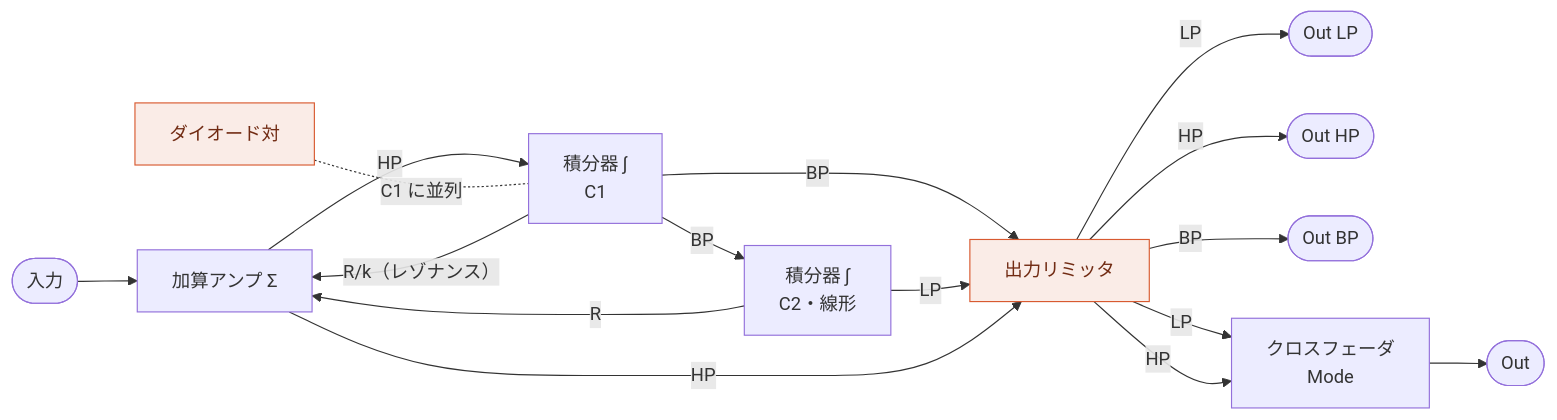
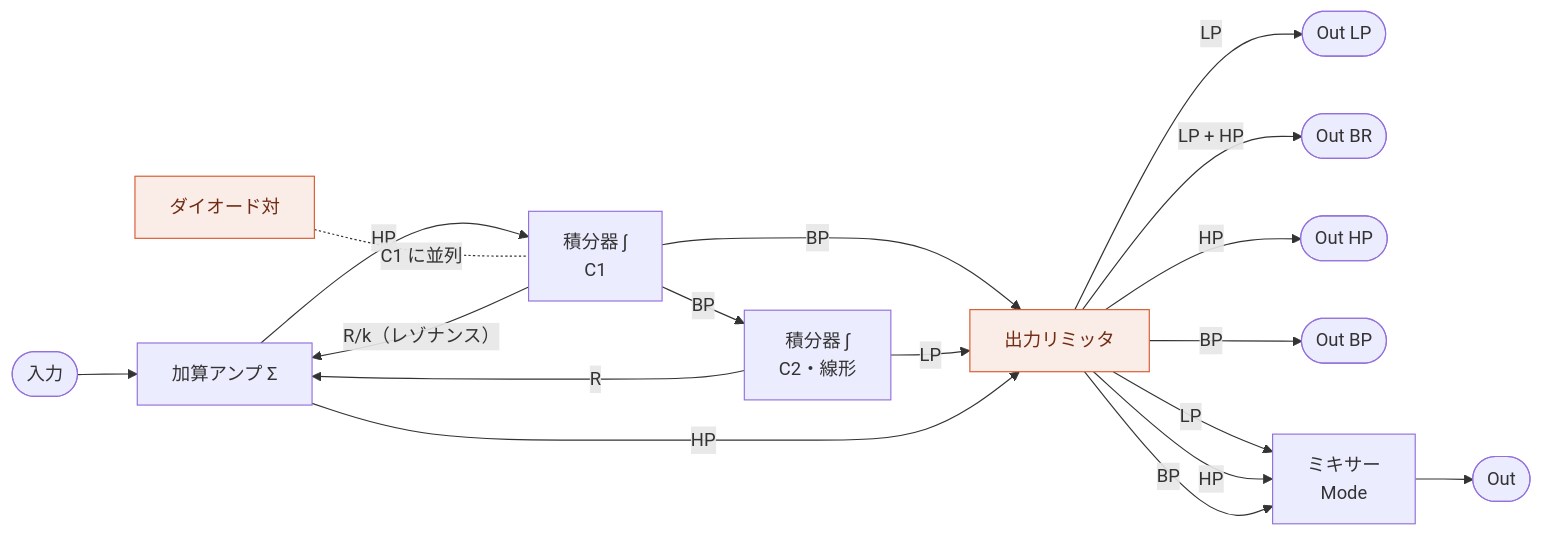
Before and after one commit to risgk/midi_synthesizer_spms1: the second of 5 diagrams in spms1_type2/spms1_patching.ja.md, drawn with Mermaid. The commit also changed other lines of this file and 11 other files, not shown here.

First line of the commit message:
type-2: Filters: Out BR, and Mode with BR (the band reject) instead of Notch

````diff
--- a/spms1_type2/spms1_patching.ja.md
+++ b/spms1_type2/spms1_patching.ja.md
@@ -123,20 +124,22 @@
 ```mermaid
 flowchart LR
   IN([入力]) --> A1["加算アンプ Σ"]
   A1 -->|HP| A2["積分器 ∫<br/>C1"]
   D["ダイオード対"] -.-|C1 に並列| A2
   A2 -->|BP| LIM
   A2 -->|BP| A3["積分器 ∫<br/>C2・線形"]
   A3 -->|LP| LIM["出力リミッタ"]
   A1 -->|HP| LIM
   LIM -->|LP| OUT_LP([Out LP])
+  LIM -->|LP + HP| OUT_BR([Out BR])
   LIM -->|HP| OUT_HP([Out HP])
   LIM -->|BP| OUT_BP([Out BP])
-  LIM -->|LP| XF["クロスフェーダ<br/>Mode"]
+  LIM -->|LP| XF["ミキサー<br/>Mode"]
   LIM -->|HP| XF
+  LIM -->|BP| XF
   XF --> OUT([Out])
   A2 -->|"R/k（レゾナンス）"| A1
   A3 -->|R| A1
   classDef nl fill:#FAECE7,stroke:#D85A30,color:#712B13
   class D,LIM nl
 ```
````
